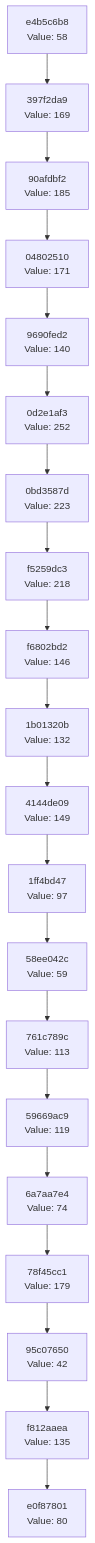
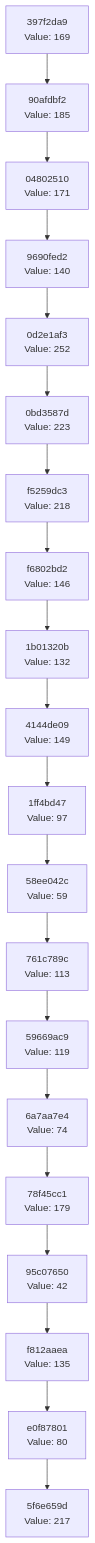
One commit to Abhisheksinha1506/hash-chain-evolver changed the diagram in docs/CHAIN_VISUALIZATION.md. Above: the diagram before and after it, drawn with Mermaid. The commit also changed 3 other files, not shown here.

````diff
--- a/docs/CHAIN_VISUALIZATION.md
+++ b/docs/CHAIN_VISUALIZATION.md
@@ -3,42 +3,42 @@
 ```mermaid
 graph TD
-    C0["e0f87801<br/>Value: 80"]
-    C1["f812aaea<br/>Value: 135"]
+    C0["5f6e659d<br/>Value: 217"]
+    C1["e0f87801<br/>Value: 80"]
     C1 --> C0
-    C2["95c07650<br/>Value: 42"]
+    C2["f812aaea<br/>Value: 135"]
     C2 --> C1
-    C3["78f45cc1<br/>Value: 179"]
+    C3["95c07650<br/>Value: 42"]
     C3 --> C2
-    C4["6a7aa7e4<br/>Value: 74"]
+    C4["78f45cc1<br/>Value: 179"]
     C4 --> C3
-    C5["59669ac9<br/>Value: 119"]
+    C5["6a7aa7e4<br/>Value: 74"]
     C5 --> C4
-    C6["761c789c<br/>Value: 113"]
+    C6["59669ac9<br/>Value: 119"]
     C6 --> C5
-    C7["58ee042c<br/>Value: 59"]
+    C7["761c789c<br/>Value: 113"]
     C7 --> C6
-    C8["1ff4bd47<br/>Value: 97"]
+    C8["58ee042c<br/>Value: 59"]
     C8 --> C7
-    C9["4144de09<br/>Value: 149"]
+    C9["1ff4bd47<br/>Value: 97"]
     C9 --> C8
-    C10["1b01320b<br/>Value: 132"]
+    C10["4144de09<br/>Value: 149"]
     C10 --> C9
-    C11["f6802bd2<br/>Value: 146"]
+    C11["1b01320b<br/>Value: 132"]
     C11 --> C10
-    C12["f5259dc3<br/>Value: 218"]
+    C12["f6802bd2<br/>Value: 146"]
     C12 --> C11
-    C13["0bd3587d<br/>Value: 223"]
+    C13["f5259dc3<br/>Value: 218"]
     C13 --> C12
-    C14["0d2e1af3<br/>Value: 252"]
+    C14["0bd3587d<br/>Value: 223"]
     C14 --> C13
-    C15["9690fed2<br/>Value: 140"]
+    C15["0d2e1af3<br/>Value: 252"]
     C15 --> C14
-    C16["04802510<br/>Value: 171"]
+    C16["9690fed2<br/>Value: 140"]
     C16 --> C15
-    C17["90afdbf2<br/>Value: 185"]
+    C17["04802510<br/>Value: 171"]
     C17 --> C16
-    C18["397f2da9<br/>Value: 169"]
+    C18["90afdbf2<br/>Value: 185"]
     C18 --> C17
-    C19["e4b5c6b8<br/>Value: 58"]
+    C19["397f2da9<br/>Value: 169"]
     C19 --> C18
 ```
````
